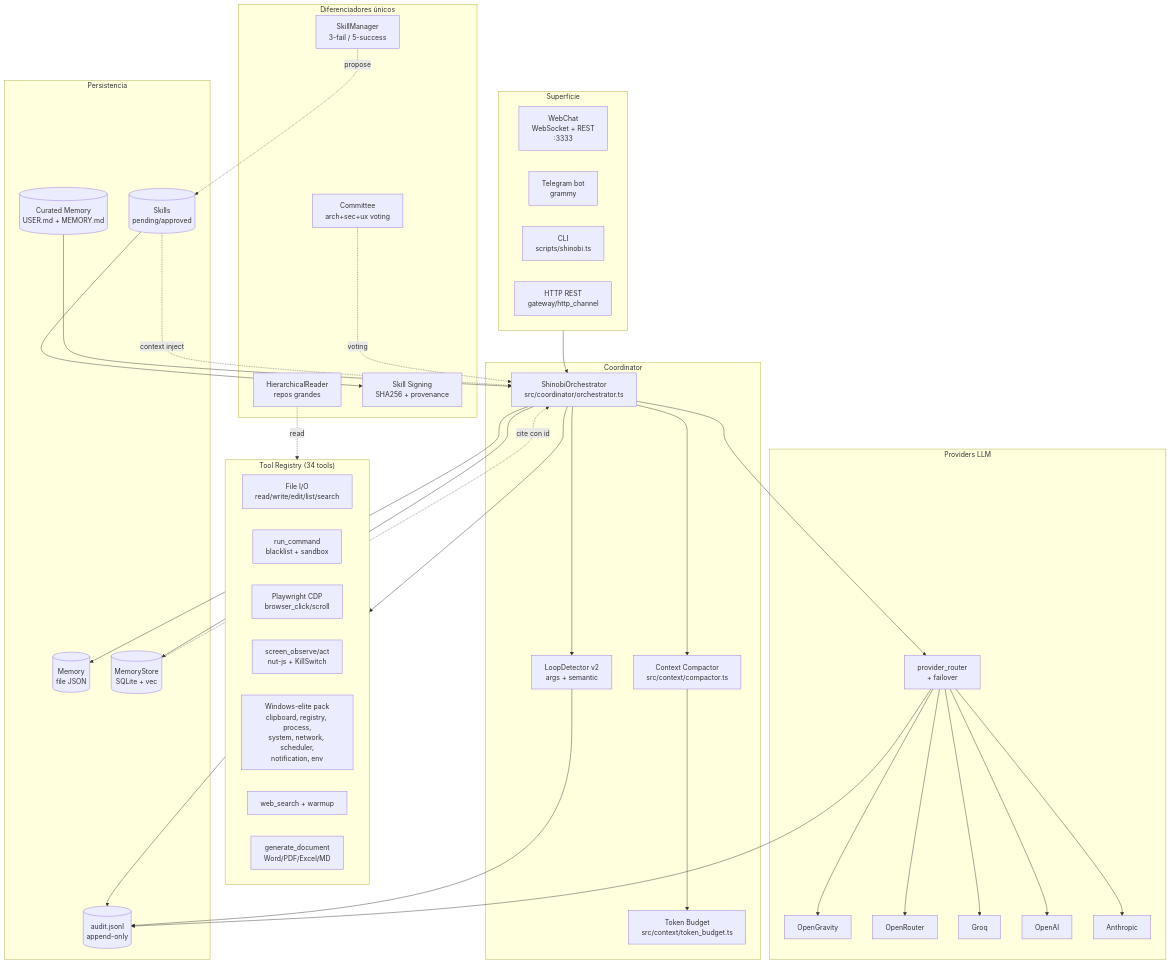
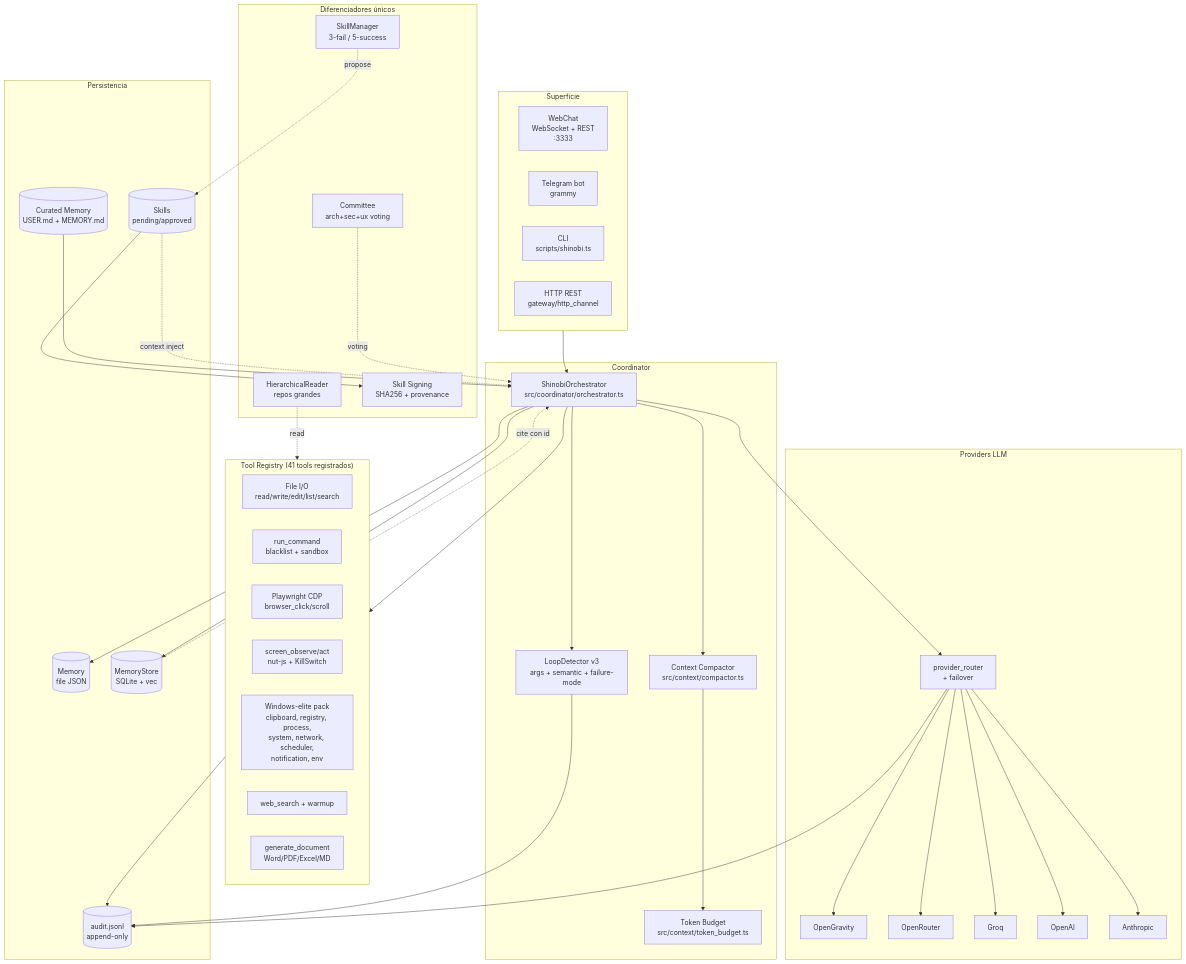
Before and after one commit to AngelReml/Shinobibot: the diagram in ARCHITECTURE.md, drawn with Mermaid. The commit also changed other lines of this file and 110 other files, not shown here.

````diff
--- a/ARCHITECTURE.md
+++ b/ARCHITECTURE.md
@@ -14,70 +14,70 @@
 ```mermaid
 flowchart TD
     subgraph Surface["Superficie"]
         WebChat[WebChat<br/>WebSocket + REST<br/>:3333]
         Telegram[Telegram bot<br/>grammy]
         CLI[CLI<br/>scripts/shinobi.ts]
         HTTP[HTTP REST<br/>gateway/http_channel]
     end
 
     subgraph Coordinator["Coordinator"]
         Orchestrator[ShinobiOrchestrator<br/>src/coordinator/orchestrator.ts]
-        LoopDetector[LoopDetector v2<br/>args + semantic]
+        LoopDetector[LoopDetector v3<br/>args + semantic + failure-mode]
         Compactor[Context Compactor<br/>src/context/compactor.ts]
         TokenBudget[Token Budget<br/>src/context/token_budget.ts]
     end
 
     subgraph Providers["Providers LLM"]
         Router[provider_router<br/>+ failover]
         OG[OpenGravity]
         OR[OpenRouter]
         Groq[Groq]
         OpenAI[OpenAI]
         Anthropic[Anthropic]
     end
 
-    subgraph Tools["Tool Registry (34 tools)"]
+    subgraph Tools["Tool Registry (41 tools registrados)"]
         FS[File I/O<br/>read/write/edit/list/search]
         Shell[run_command<br/>blacklist + sandbox]
         Browser[Playwright CDP<br/>browser_click/scroll]
         Screen[screen_observe/act<br/>nut-js + KillSwitch]
         WinPack[Windows-elite pack<br/>clipboard, registry, process,<br/>system, network, scheduler,<br/>notification, env]
         Web[web_search + warmup]
         Docs[generate_document<br/>Word/PDF/Excel/MD]
     end
 
     subgraph Stores["Persistencia"]
         Memory[(Memory<br/>file JSON)]
         MemStore[(MemoryStore<br/>SQLite + vec)]
         Curated[(Curated Memory<br/>USER.md + MEMORY.md)]
         Audit[(audit.jsonl<br/>append-only)]
         Skills[(Skills<br/>pending/approved)]
     end
 
     subgraph Extras["Diferenciadores únicos"]
         Committee[Committee<br/>arch+sec+ux voting]
         Reader[HierarchicalReader<br/>repos grandes]
         SkillMgr[SkillManager<br/>3-fail / 5-success]
         Signing[Skill Signing<br/>SHA256 + provenance]
     end
 
     Surface --> Orchestrator
     Orchestrator --> Compactor
     Compactor --> TokenBudget
     Orchestrator --> LoopDetector
     Orchestrator --> Router
     Router --> OG & OR & Groq & OpenAI & Anthropic
     Orchestrator --> Tools
     Tools --> Audit
     LoopDetector --> Audit
     Router --> Audit
     Orchestrator --> Memory
     Orchestrator --> MemStore
     MemStore -.cite con id.-> Orchestrator
     Curated --> Orchestrator
     SkillMgr -.propose.-> Skills
     Skills --> Signing
     Skills -.context inject.-> Orchestrator
     Reader -.read.-> Tools
     Committee -.voting.-> Orchestrator
 ```
````
